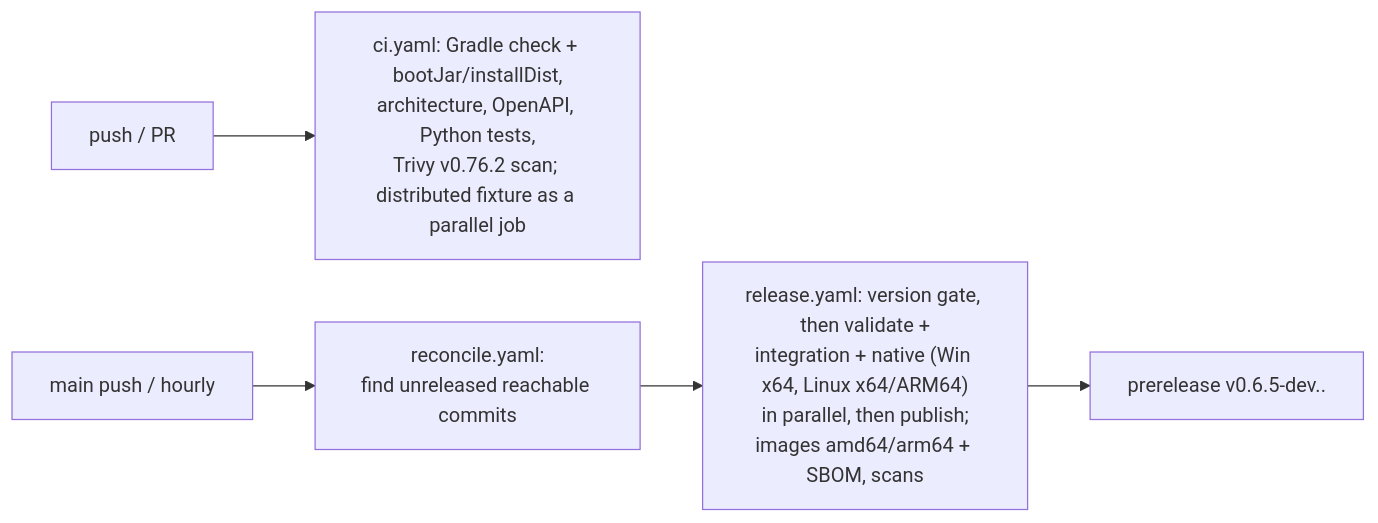
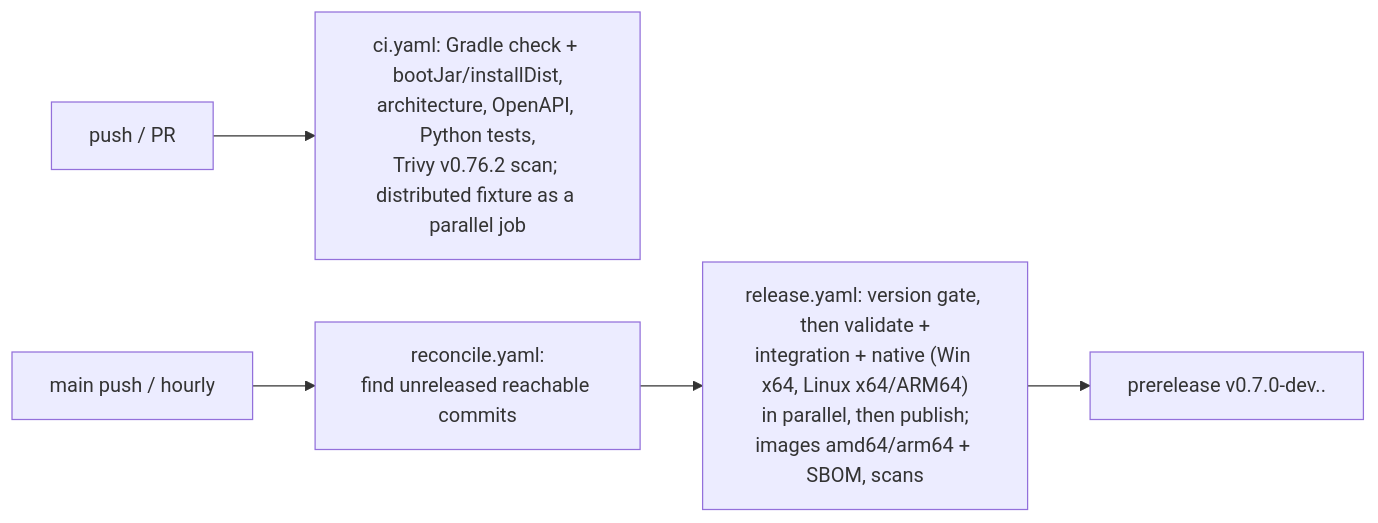
Before and after one commit to athegreat90/minecraft-modsync: diagram 12 of 12 in docs/GUIDE.md, drawn with Mermaid. The commit also changed 59 other files, not shown here.

````diff
--- a/docs/GUIDE.md
+++ b/docs/GUIDE.md
@@ -384,7 +384,7 @@
 ```mermaid
 flowchart LR
   PR[push / PR] --> CI["ci.yaml: Gradle check + bootJar/installDist,\narchitecture, OpenAPI, Python tests,\nTrivy v0.76.2 scan; distributed fixture as a parallel job"]
   main[main push / hourly] --> REC["reconcile.yaml:\nfind unreleased reachable commits"]
   REC --> REL["release.yaml: version gate, then validate +\nintegration + native (Win x64, Linux x64/ARM64)\nin parallel, then publish;\nimages amd64/arm64 + SBOM, scans"]
-  REL --> PRE["prerelease v0.6.5-dev.<time>.<sha>"]
+  REL --> PRE["prerelease v0.7.0-dev.<time>.<sha>"]
 ```
````
